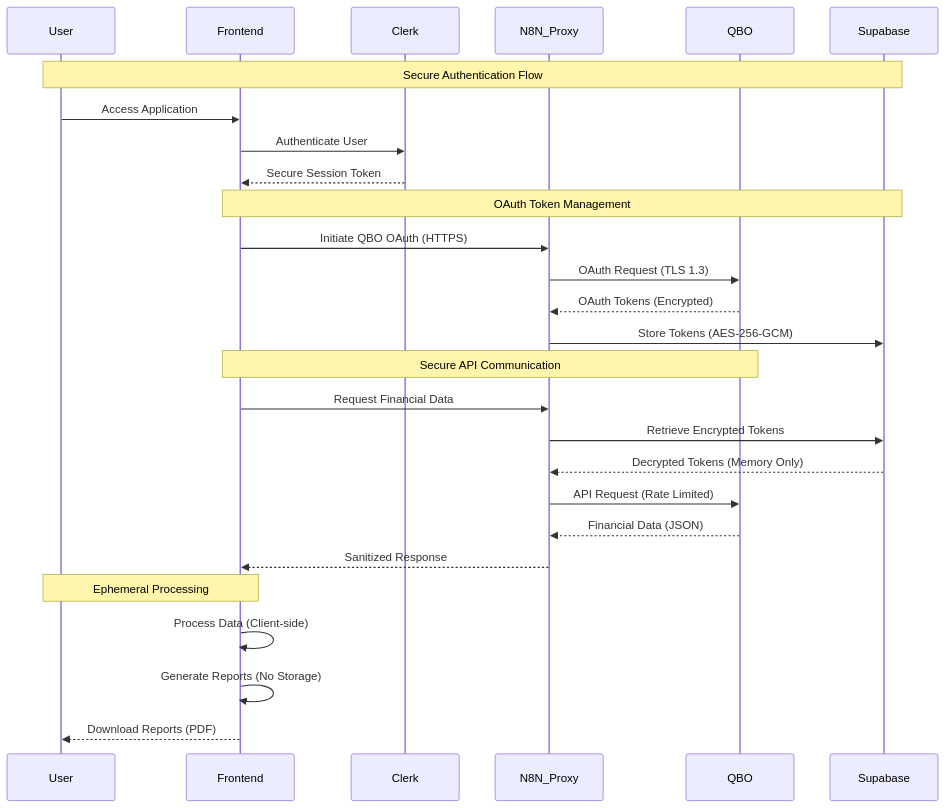
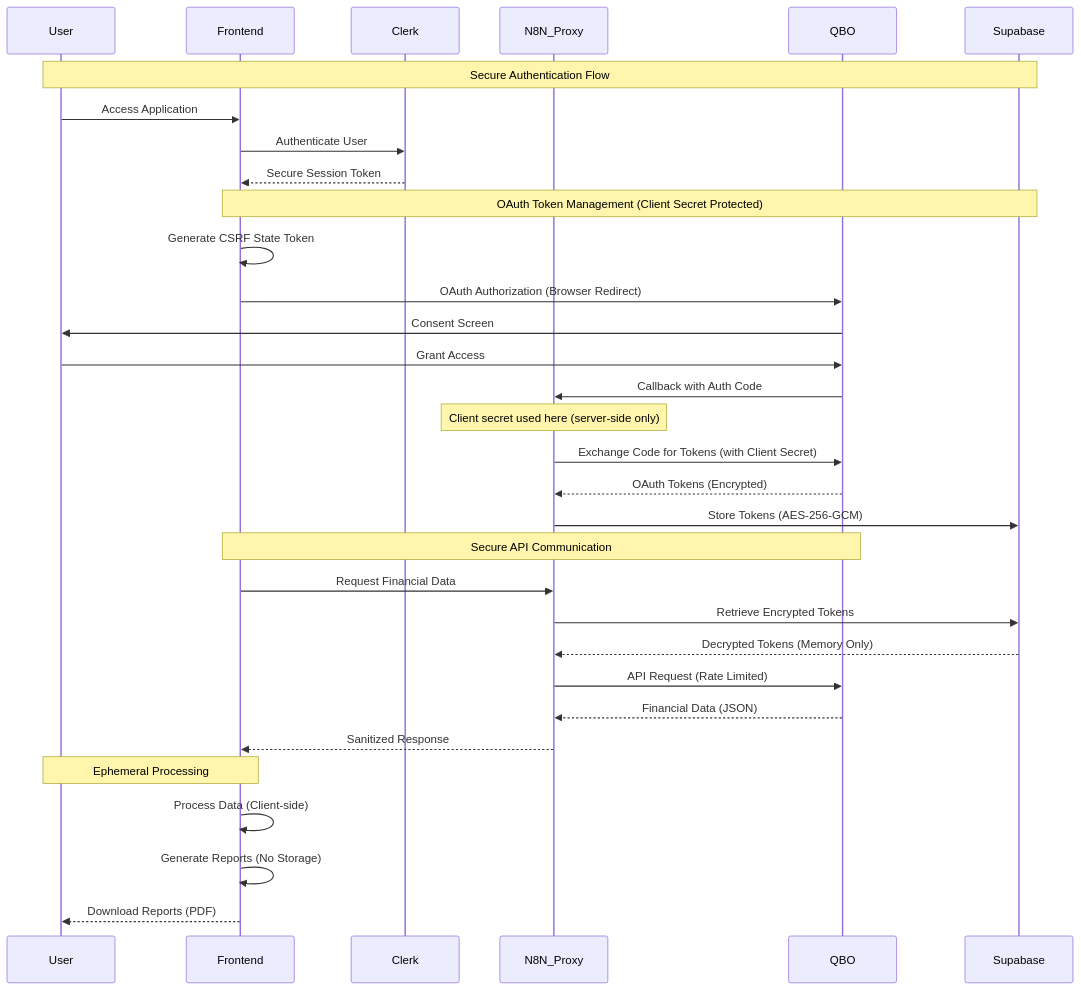
Before and after one commit to luxtelos/adaptive-book-hygience-poc: the seventh of 13 diagrams in docs/TECHNICAL_SPECIFICATION.md, drawn with Mermaid. The commit also changed other lines of this file and 5 other files, not shown here.

First line of the commit message:
fix: resolve OAuth callback infinite loop and update token management to use N8N JSON endpoints

````diff
--- a/docs/TECHNICAL_SPECIFICATION.md
+++ b/docs/TECHNICAL_SPECIFICATION.md
@@ -557,37 +683,42 @@
 ```mermaid
 sequenceDiagram
     participant User
     participant Frontend
     participant Clerk
     participant N8N_Proxy
     participant QBO
     participant Supabase
     
     Note over User,Supabase: Secure Authentication Flow
     
     User->>Frontend: Access Application
     Frontend->>Clerk: Authenticate User
     Clerk-->>Frontend: Secure Session Token
     
-    Note over Frontend,Supabase: OAuth Token Management
+    Note over Frontend,Supabase: OAuth Token Management (Client Secret Protected)
     
-    Frontend->>N8N_Proxy: Initiate QBO OAuth (HTTPS)
-    N8N_Proxy->>QBO: OAuth Request (TLS 1.3)
+    Frontend->>Frontend: Generate CSRF State Token
+    Frontend->>QBO: OAuth Authorization (Browser Redirect)
+    QBO->>User: Consent Screen
+    User->>QBO: Grant Access
+    QBO->>N8N_Proxy: Callback with Auth Code
+    Note over N8N_Proxy: Client secret used here (server-side only)
+    N8N_Proxy->>QBO: Exchange Code for Tokens (with Client Secret)
     QBO-->>N8N_Proxy: OAuth Tokens (Encrypted)
     N8N_Proxy->>Supabase: Store Tokens (AES-256-GCM)
     
     Note over Frontend,QBO: Secure API Communication
     
     Frontend->>N8N_Proxy: Request Financial Data
     N8N_Proxy->>Supabase: Retrieve Encrypted Tokens
     Supabase-->>N8N_Proxy: Decrypted Tokens (Memory Only)
     N8N_Proxy->>QBO: API Request (Rate Limited)
     QBO-->>N8N_Proxy: Financial Data (JSON)
     N8N_Proxy-->>Frontend: Sanitized Response
     
     Note over Frontend,User: Ephemeral Processing
     
     Frontend->>Frontend: Process Data (Client-side)
     Frontend->>Frontend: Generate Reports (No Storage)
     Frontend-->>User: Download Reports (PDF)
 ```
````
